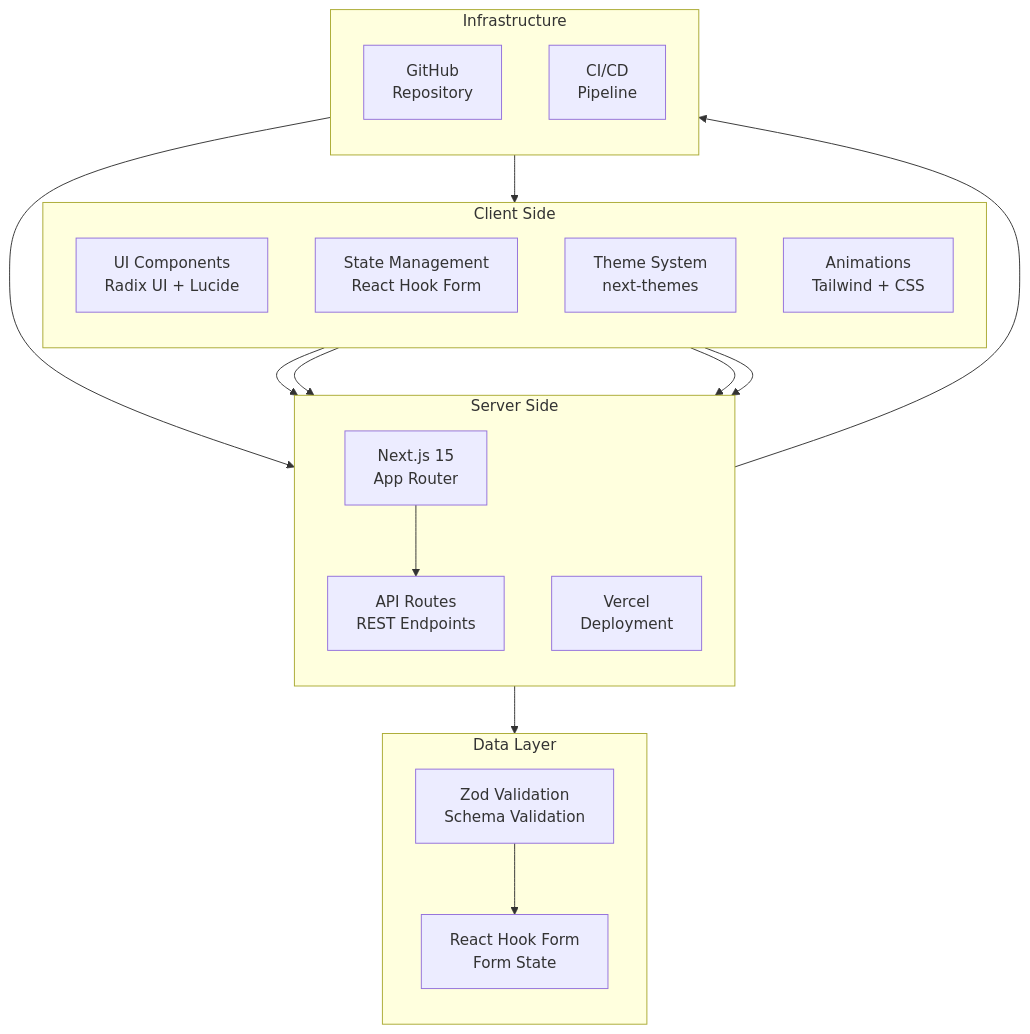
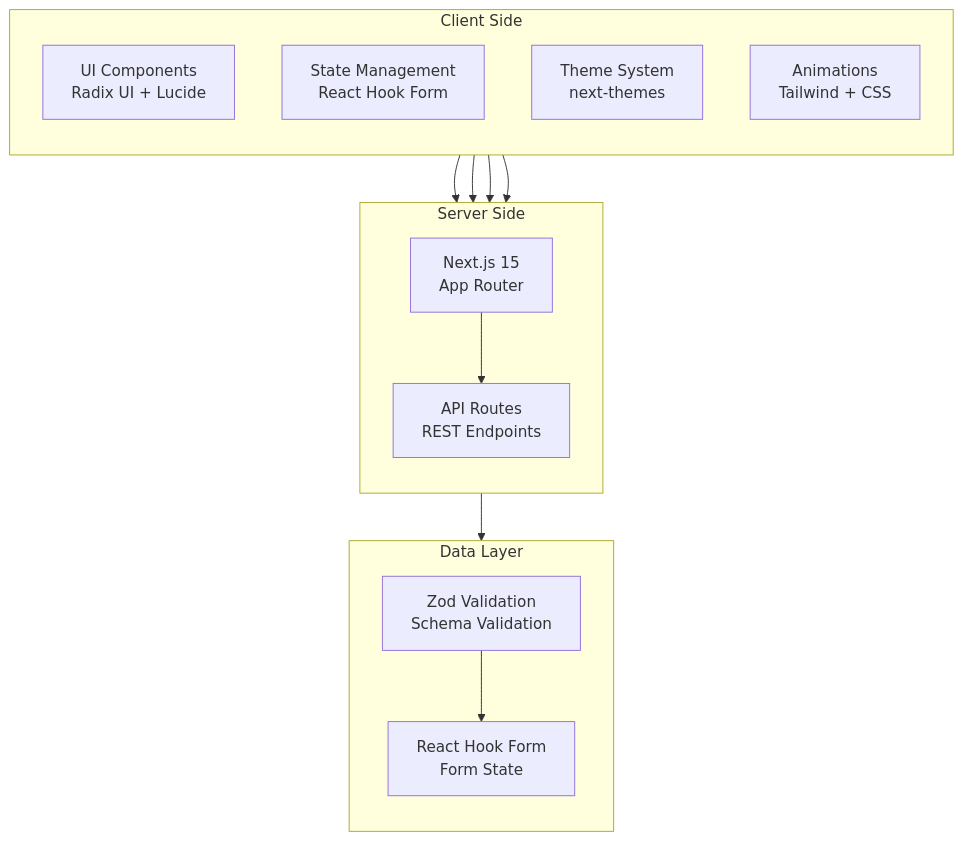
Before and after one commit to girishlade111/minimalist-profile-cards: the first of 2 diagrams in README.md, drawn with Mermaid. The commit also changed other lines of this file and 2 other files, not shown here.

Commit message:
Remove v0 and Vercel branding, update project name

````diff
--- a/README.md
+++ b/README.md
@@ -106,41 +96,30 @@
 ```mermaid
 flowchart TB
     subgraph Client["Client Side"]
         direction TB
         UI[UI Components<br/>Radix UI + Lucide]
         State[State Management<br/>React Hook Form]
         Themes[Theme System<br/>next-themes]
         Anim[Animations<br/>Tailwind + CSS]
     end
 
     subgraph Server["Server Side"]
         direction TB
         NextJS[Next.js 15<br/>App Router]
         API[API Routes<br/>REST Endpoints]
-        Vercel[Vercel Edge<br/>Analytics]
     end
 
     subgraph Data["Data Layer"]
         direction TB
         Zod[Zod Validation<br/>Schema Validation]
         Forms[React Hook Form<br/>Form State]
-    end
-
-    subgraph Infrastructure["Infrastructure"]
-        direction TB
-        GitHub[GitHub<br/>Repository]
-        Vercel[Vercel<br/>Deployment]
-        CD[CI/CD<br/>Pipeline]
     end
 
     UI --> NextJS
     State --> NextJS
     Themes --> NextJS
     Anim --> NextJS
     NextJS --> API
     API --> Zod
     Zod --> Forms
-    GitHub --> Vercel
-    Vercel --> CD
-    CD --> Client
 ```
````
